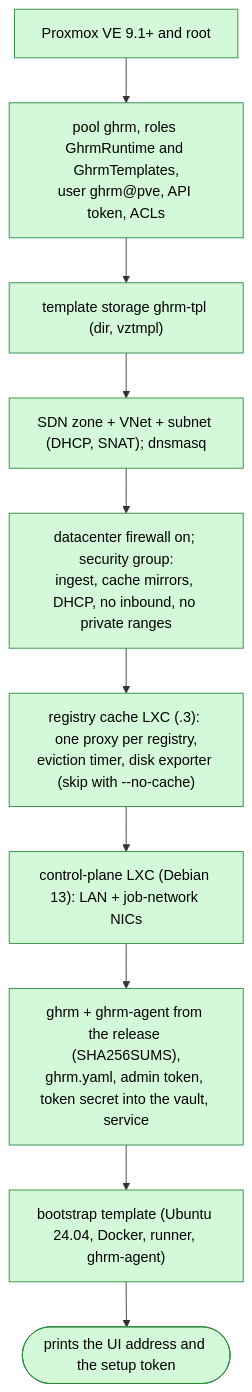
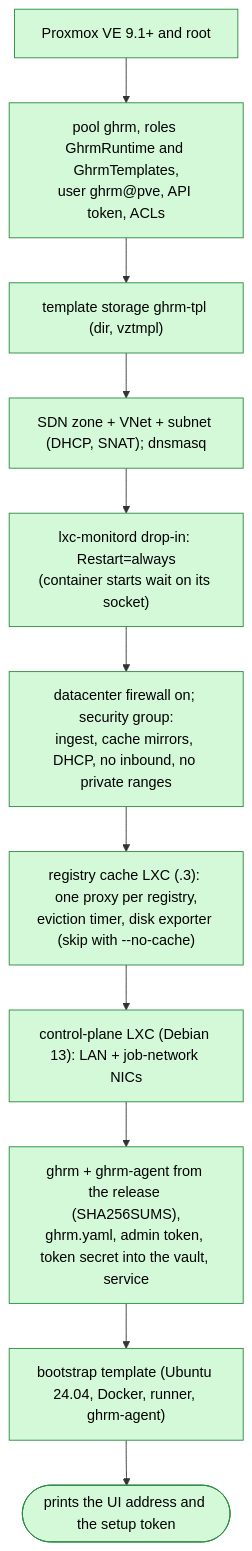
Before and after one commit to cocardoso/gh-runners-manager: diagram 13 of 13 in docs/architecture.md, drawn with Mermaid. The commit also changed 4 other files, not shown here.

First line of the commit message:
fix(installer): keep lxc-monitord running, which container starts wait on

````diff
--- a/docs/architecture.md
+++ b/docs/architecture.md
@@ -519,15 +519,16 @@
 ```mermaid
 flowchart TD
     pre["Proxmox VE 9.1+ and root"] --> acc["pool ghrm, roles GhrmRuntime and GhrmTemplates,<br/>user ghrm@pve, API token, ACLs"]
     acc --> stor["template storage ghrm-tpl (dir, vztmpl)"]
     stor --> net["SDN zone + VNet + subnet (DHCP, SNAT); dnsmasq"]
-    net --> fw["datacenter firewall on; security group:<br/>ingest, cache mirrors, DHCP, no inbound, no private ranges"]
+    net --> mon["lxc-monitord drop-in: Restart=always<br/>(container starts wait on its socket)"]
+    mon --> fw["datacenter firewall on; security group:<br/>ingest, cache mirrors, DHCP, no inbound, no private ranges"]
     fw --> cache["registry cache LXC (.3): one proxy per registry,<br/>eviction timer, disk exporter (skip with --no-cache)"]
     cache --> cp["control-plane LXC (Debian 13): LAN + job-network NICs"]
     cp --> bin["ghrm + ghrm-agent from the release (SHA256SUMS),<br/>ghrm.yaml, admin token, token secret into the vault, service"]
     bin --> tpl["bootstrap template (Ubuntu 24.04, Docker, runner, ghrm-agent)"]
     tpl --> done(["prints the UI address and the setup token"])
 
     classDef done fill:#d3f9d8,stroke:#2b8a3e,color:#000
-    class pre,acc,stor,net,fw,cache,cp,bin,tpl,done done
+    class pre,acc,stor,net,mon,fw,cache,cp,bin,tpl,done done
 ```
````
